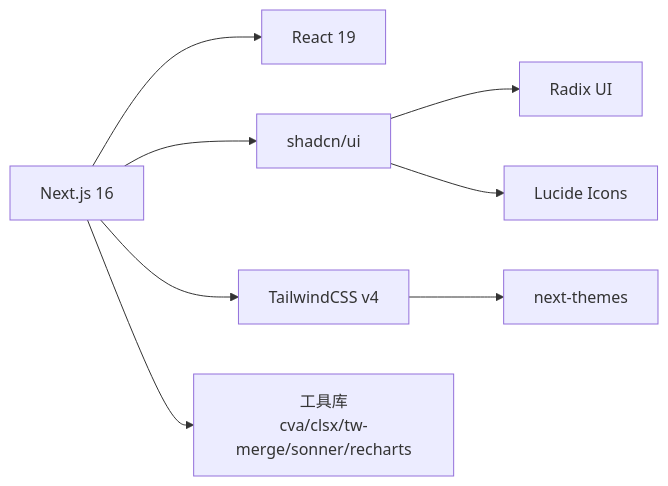
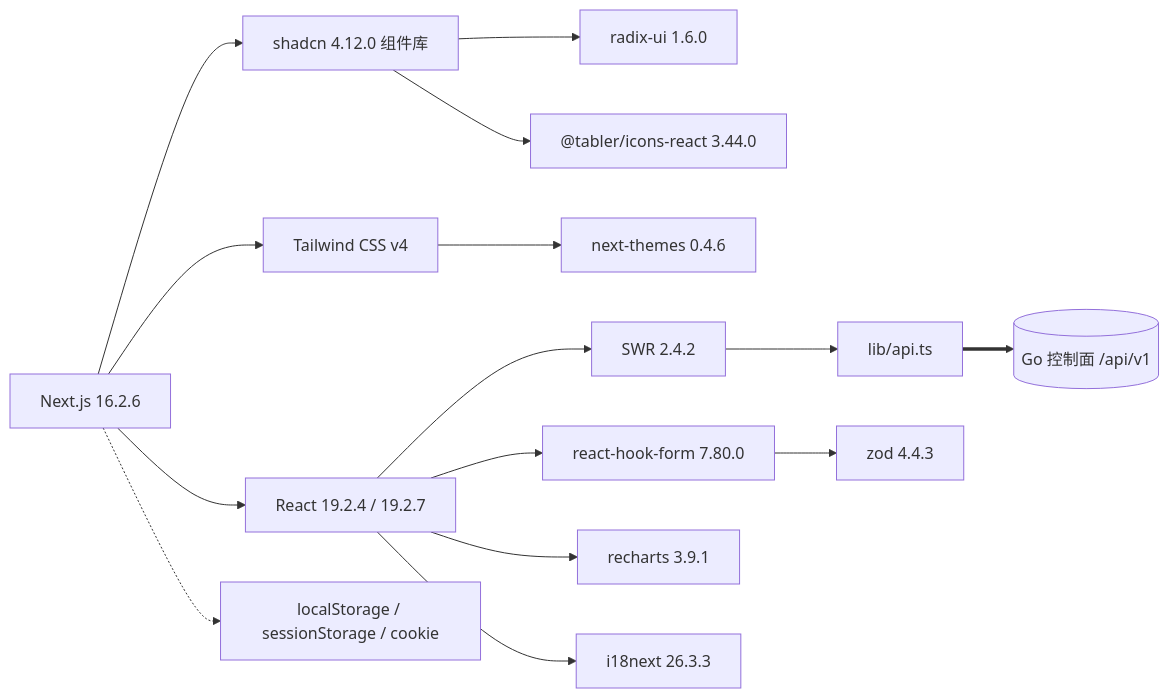
Before and after one commit to x01n/My-OpenWaf: the eighth of 9 diagrams in docs/前端管理界面/前端管理界面.md, drawn with Mermaid. The commit also changed other lines of this file and 622 other files, not shown here.

````diff
--- a/docs/前端管理界面/前端管理界面.md
+++ b/docs/前端管理界面/前端管理界面.md
@@ -322,10 +601,17 @@
 ```mermaid
 graph LR
-N["Next.js 16"] --> R["React 19"]
-N --> SC["shadcn/ui"]
-SC --> RU["Radix UI"]
-SC --> LC["Lucide Icons"]
-N --> TW["TailwindCSS v4"]
-TW --> NT["next-themes"]
-N --> UT["工具库<br/>cva/clsx/tw-merge/sonner/recharts"]
+  N["Next.js 16.2.6"] --> R["React 19.2.4 / 19.2.7"]
+  N --> SC["shadcn 4.12.0 组件库"]
+  SC --> RU["radix-ui 1.6.0"]
+  SC --> TI["@tabler/icons-react 3.44.0"]
+  N --> TW["Tailwind CSS v4"]
+  TW --> NT["next-themes 0.4.6"]
+  R --> SWR["SWR 2.4.2"]
+  SWR --> AP["lib/api.ts"]
+  R --> RHF["react-hook-form 7.80.0"]
+  RHF --> ZOD["zod 4.4.3"]
+  R --> RC["recharts 3.9.1"]
+  R --> I18["i18next 26.3.3"]
+  N -.-> LS["localStorage / sessionStorage / cookie"]
+  AP ==> BE[("Go 控制面 /api/v1")]
 ```
````
